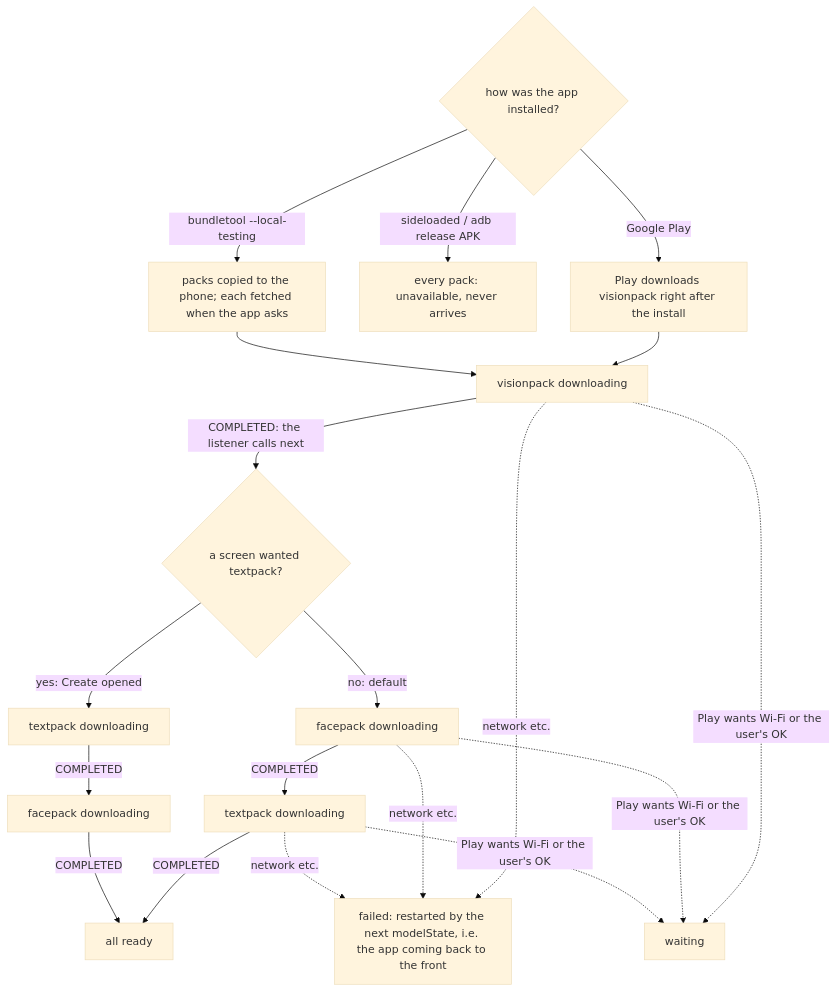
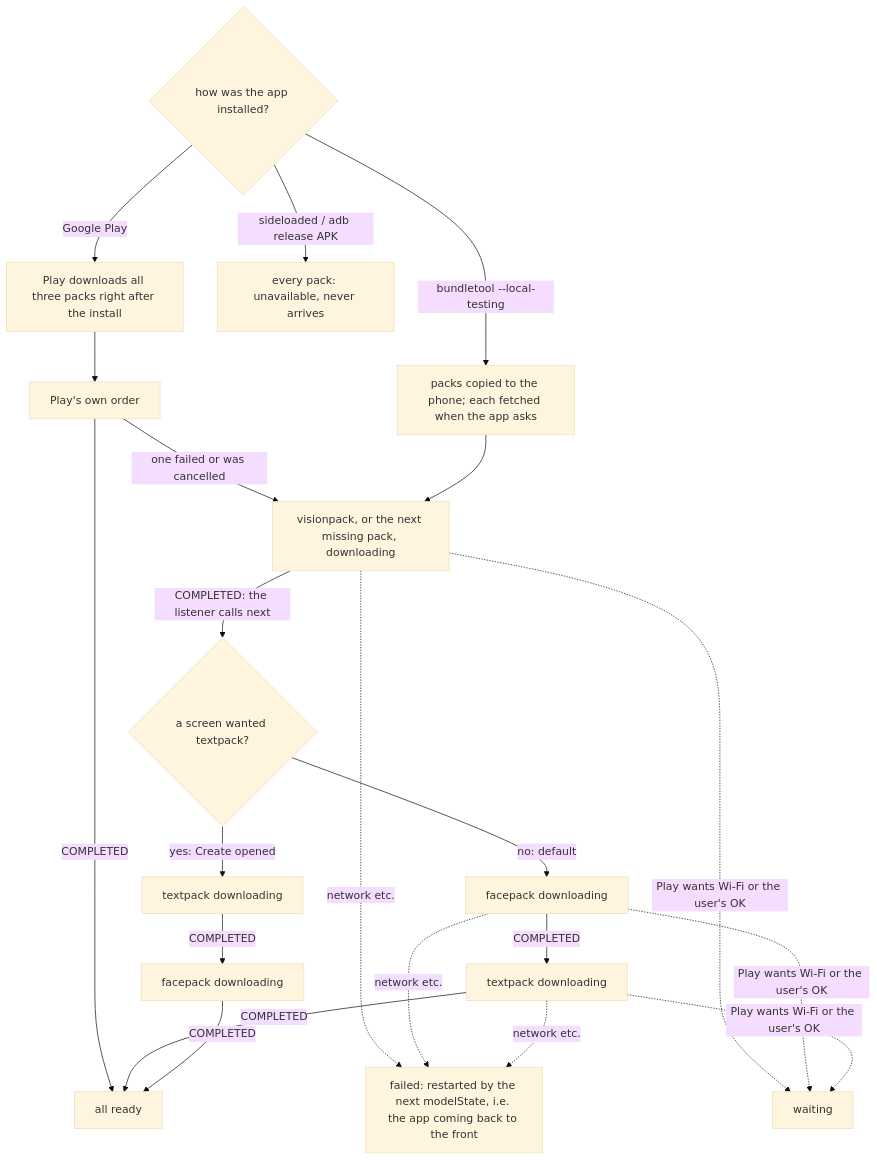
The first of 2 diagrams in MODELS.md (kerembay9/daydump-app), drawn with Mermaid (base theme) before and after one commit. The commit also changed other lines of this file and 3 other files, not shown here.

Commit message:
Asset packs: facepack and textpack fast-follow too, so Play downloads all models after the install

````diff
--- a/MODELS.md
+++ b/MODELS.md
@@ -49,16 +49,17 @@
 ```mermaid
 flowchart TD
-  INST{how was the app installed?} -->|Google Play| FF[Play downloads visionpack right after the install]
+  INST{how was the app installed?} -->|Google Play| FF[Play downloads all three packs right after the install]
   INST -->|sideloaded / adb release APK| UNAV[every pack: unavailable, never arrives]
   INST -->|bundletool --local-testing| LT[packs copied to the phone; each fetched when the app asks]
-  FF --> V[visionpack downloading]
+  FF --> PLAY[Play's own order] -->|one failed or was cancelled| V[visionpack, or the next missing pack, downloading]
+  PLAY -->|COMPLETED| DONE
   LT --> V
   V -->|COMPLETED: the listener calls next| W{a screen wanted textpack?}
   W -->|no: default| F[facepack downloading]
   W -->|yes: Create opened| T2[textpack downloading]
   F -->|COMPLETED| T[textpack downloading]
   T2 -->|COMPLETED| F2[facepack downloading]
   T & F2 -->|COMPLETED| DONE[all ready]
   V & F & T -.->|network etc.| FAILED[failed: restarted by the next modelState, i.e. the app coming back to the front]
   V & F & T -.->|Play wants Wi-Fi or the user's OK| WAIT[waiting]
 ```
````
